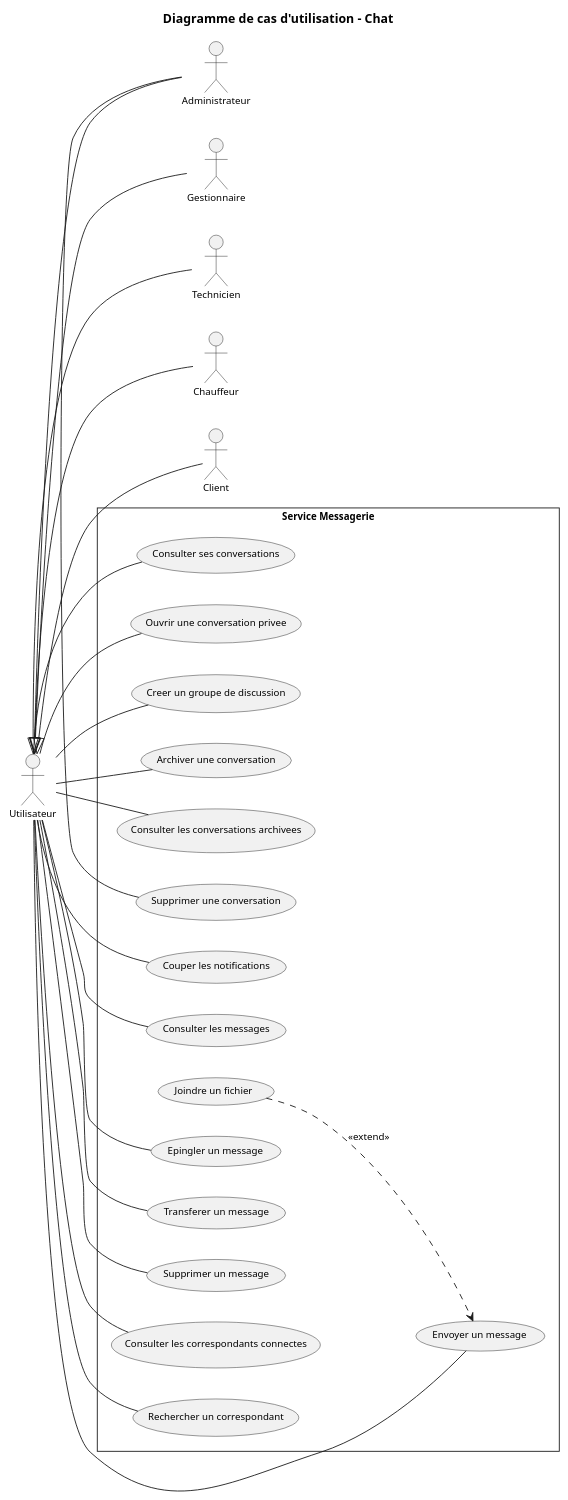
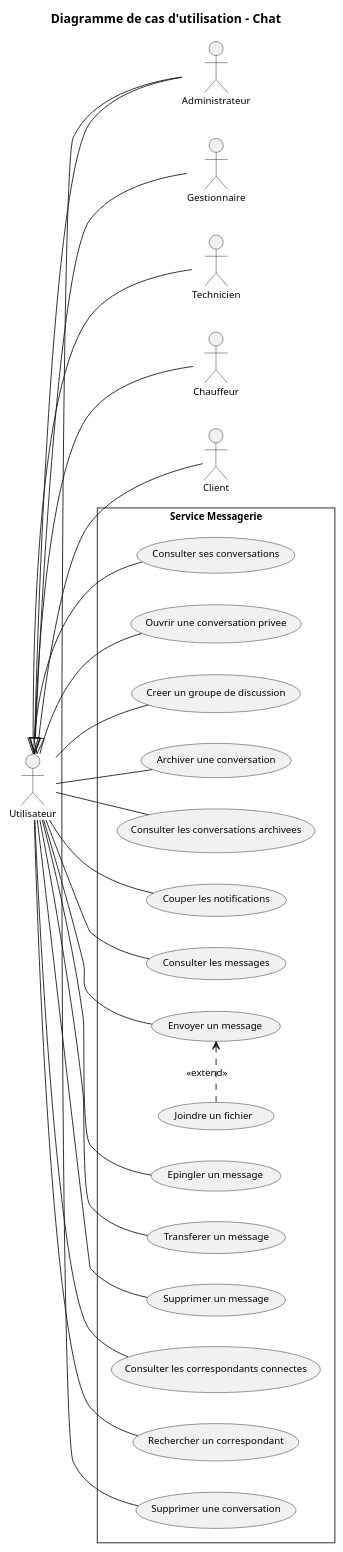
Before and after one commit to saber-barhoumi/Xpark-gmao: the diagram in docs/diagrams/microservices/Chat/Chat-usecase.puml, drawn with PlantUML. The commit also changed 23 other files, not shown here.

First line of the commit message:
docs(uml): mise en page des cas d'utilisation et des communications

```diff
--- a/docs/diagrams/microservices/Chat/Chat-usecase.puml
+++ b/docs/diagrams/microservices/Chat/Chat-usecase.puml
@@ -1,62 +1,64 @@
 @startuml
 skinparam style strictuml
 skinparam packageStyle rectangle
 skinparam shadowing false
 skinparam defaultFontName Verdana
 skinparam defaultFontSize 11
 skinparam backgroundColor #FFFFFF
 left to right direction
 
 title Diagramme de cas d'utilisation - Chat
 
-' Acteurs principaux (a gauche)
+' Acteurs principaux, empiles verticalement a gauche
 actor "Utilisateur" as Utilisateur
 actor "Administrateur" as Administrateur
 actor "Gestionnaire" as Gestionnaire
 actor "Technicien" as Technicien
 actor "Chauffeur" as Chauffeur
 actor "Client" as Client
 
-Utilisateur <|-- Administrateur
-Utilisateur <|-- Gestionnaire
-Utilisateur <|-- Technicien
-Utilisateur <|-- Chauffeur
-Utilisateur <|-- Client
+' Generalisation : triangle creux, de l'enfant vers le parent
+Administrateur -up-|> Utilisateur
+Gestionnaire -up-|> Utilisateur
+Technicien -up-|> Utilisateur
+Chauffeur -up-|> Utilisateur
+Client -up-|> Utilisateur
 
 rectangle "Service Messagerie" {
   usecase "Consulter ses conversations" as UC_Consulter_ses_conversations
   usecase "Ouvrir une conversation privee" as UC_Ouvrir_une_conversation_privee
   usecase "Creer un groupe de discussion" as UC_Creer_un_groupe_de_discussion
   usecase "Archiver une conversation" as UC_Archiver_une_conversation
   usecase "Consulter les conversations archivees" as UC_Consulter_les_conversations_archiv
-  usecase "Supprimer une conversation" as UC_Supprimer_une_conversation
   usecase "Couper les notifications" as UC_Couper_les_notifications
   usecase "Consulter les messages" as UC_Consulter_les_messages
   usecase "Envoyer un message" as UC_Envoyer_un_message
   usecase "Joindre un fichier" as UC_Joindre_un_fichier
   usecase "Epingler un message" as UC_Epingler_un_message
   usecase "Transferer un message" as UC_Transferer_un_message
   usecase "Supprimer un message" as UC_Supprimer_un_message
   usecase "Consulter les correspondants connectes" as UC_Consulter_les_correspondants_conne
   usecase "Rechercher un correspondant" as UC_Rechercher_un_correspondant
+  usecase "Supprimer une conversation" as UC_Supprimer_une_conversation
 }
 
-' Associations : trait continu sans fleche (UML : relation d'association)
+' Associations : trait continu sans fleche (relation d'association)
+Utilisateur -- UC_Consulter_ses_conversations
+Utilisateur -- UC_Ouvrir_une_conversation_privee
+Utilisateur -- UC_Creer_un_groupe_de_discussion
 Utilisateur -- UC_Archiver_une_conversation
 Utilisateur -- UC_Consulter_les_conversations_archiv
-Utilisateur -- UC_Consulter_les_correspondants_conne
+Utilisateur -- UC_Couper_les_notifications
 Utilisateur -- UC_Consulter_les_messages
-Utilisateur -- UC_Consulter_ses_conversations
-Utilisateur -- UC_Couper_les_notifications
-Utilisateur -- UC_Creer_un_groupe_de_discussion
 Utilisateur -- UC_Envoyer_un_message
 Utilisateur -- UC_Epingler_un_message
-Utilisateur -- UC_Ouvrir_une_conversation_privee
+Utilisateur -- UC_Transferer_un_message
+Utilisateur -- UC_Supprimer_un_message
+Utilisateur -- UC_Consulter_les_correspondants_conne
 Utilisateur -- UC_Rechercher_un_correspondant
-Utilisateur -- UC_Supprimer_un_message
-Utilisateur -- UC_Transferer_un_message
 Administrateur -- UC_Supprimer_une_conversation
 
-UC_Joindre_un_fichier ..> UC_Envoyer_un_message : << extend >>
+' << extend >> : du cas optionnel vers le cas de base
+UC_Joindre_un_fichier .[norank].> UC_Envoyer_un_message : << extend >>
 
 @enduml
```
